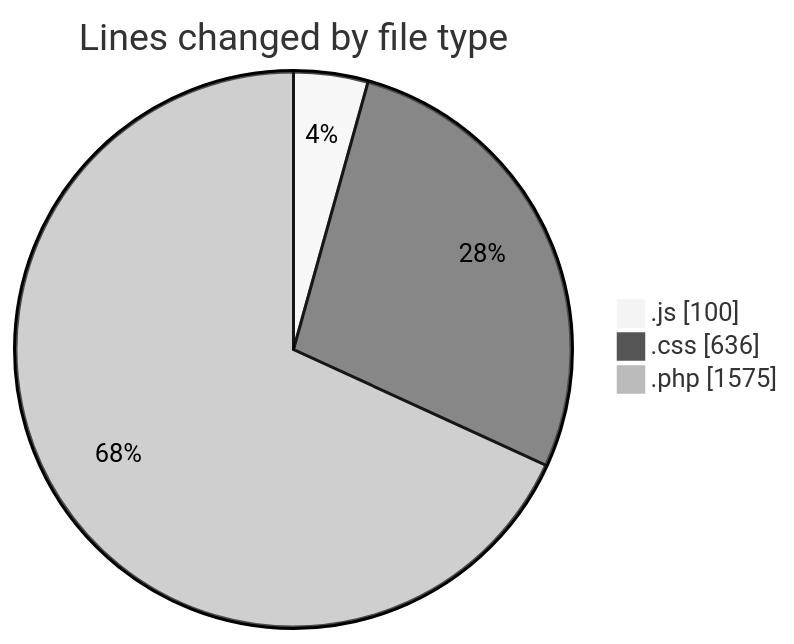
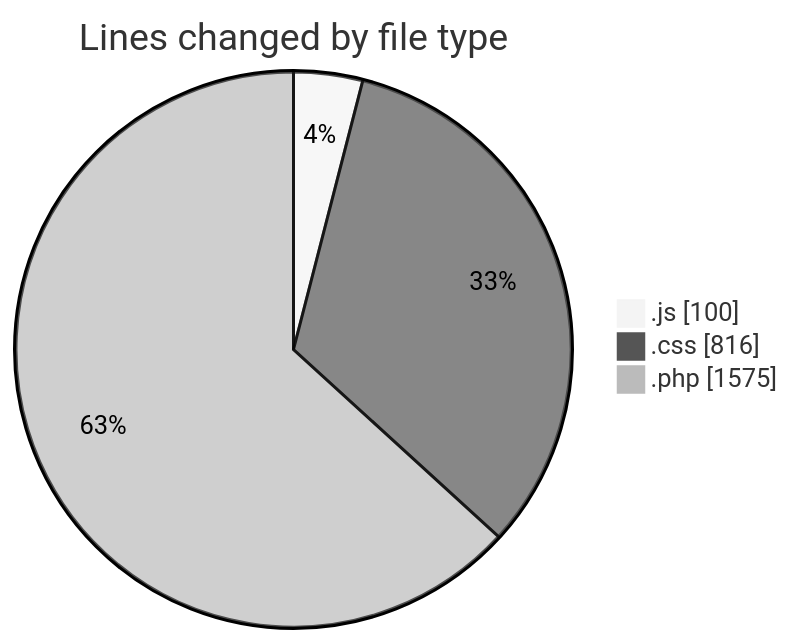
One commit to lephambinh05/code-tracking changed the first of 2 diagrams in 2025-08-25/quytuthien_vn/README.md. Above: the diagram before and after it, drawn with Mermaid (neutral theme). The commit also changed other lines of this file and 1 other file, not shown here.

````diff
--- a/2025-08-25/quytuthien_vn/README.md
+++ b/2025-08-25/quytuthien_vn/README.md
@@ -36,7 +36,7 @@
 ```mermaid
 pie showData
 title Lines changed by file type
 ".js" : 100
-".css" : 636
+".css" : 816
 ".php" : 1575
 ```
````
